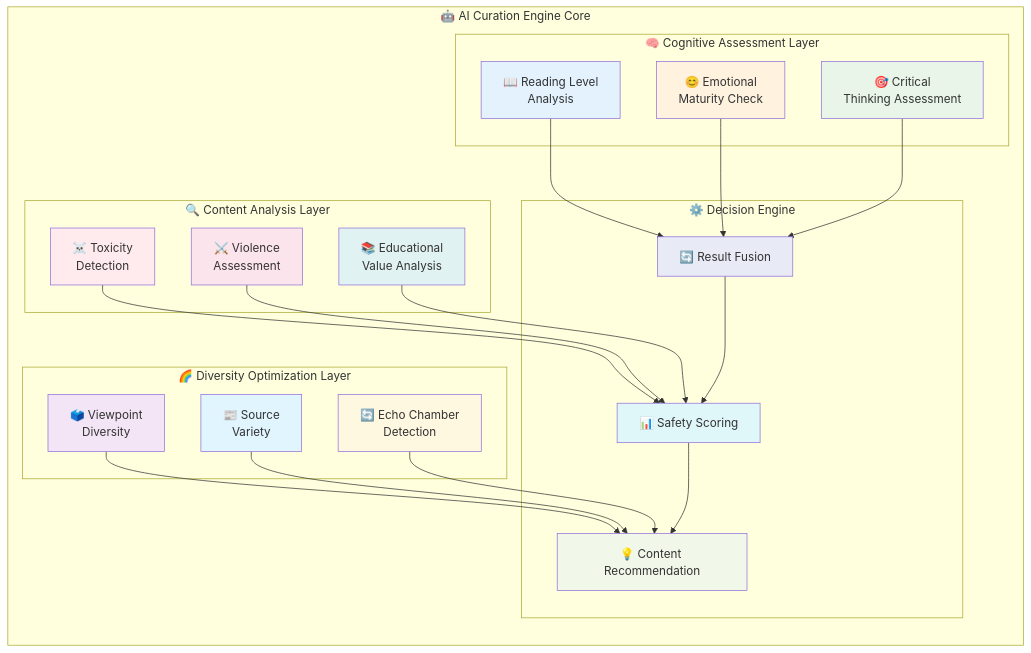
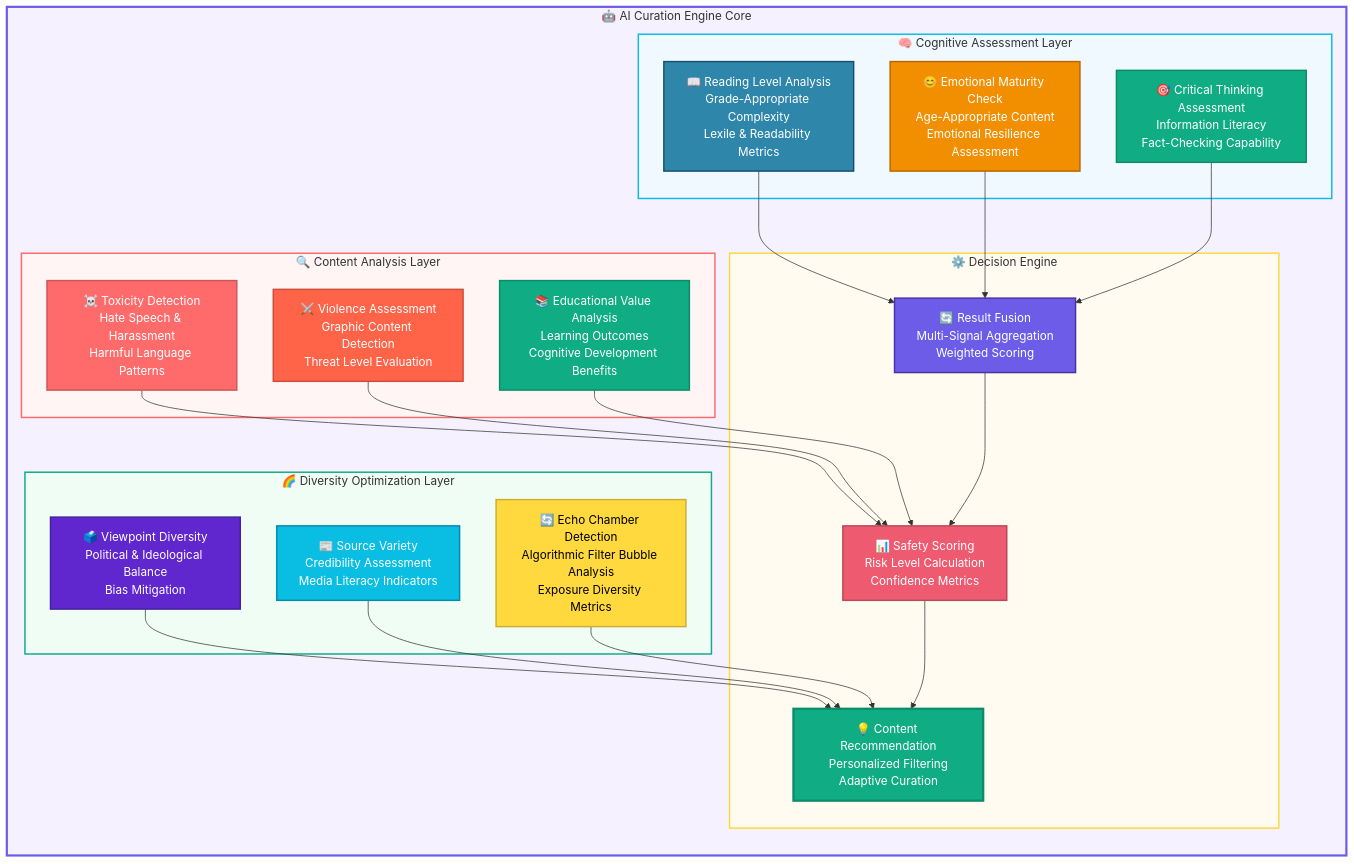
Before and after one commit to gitmujoshi/ai-curation-engine-cursor-generated: the fourth of 13 diagrams in docs/architecture/AI_Curation_Engine_Architecture.md, drawn with Mermaid. The commit also changed other lines of this file and 8 other files, not shown here.

First line of the commit message:
Improve architecture diagrams with professional styling and color schemes

````diff
--- a/docs/architecture/AI_Curation_Engine_Architecture.md
+++ b/docs/architecture/AI_Curation_Engine_Architecture.md
@@ -718,67 +740,65 @@
 ```mermaid
 graph TB
-    subgraph "🤖 AI Curation Engine Core"
+    subgraph CORE["🤖 AI Curation Engine Core"]
         direction TB
         
-        subgraph "🧠 Cognitive Assessment Layer"
-            READING[📖 Reading Level
-Analysis]
-            EMOTIONAL[😊 Emotional
-Maturity Check]
-            CRITICAL[🎯 Critical
-Thinking Assessment]
+        subgraph COGNITIVE["🧠 Cognitive Assessment Layer"]
+            READING["📖 Reading Level Analysis<br/>Grade-Appropriate Complexity<br/>Lexile & Readability Metrics"]
+            EMOTIONAL["😊 Emotional Maturity Check<br/>Age-Appropriate Content<br/>Emotional Resilience Assessment"]
+            CRITICAL["🎯 Critical Thinking Assessment<br/>Information Literacy<br/>Fact-Checking Capability"]
         end
         
-        subgraph "🔍 Content Analysis Layer"
-            TOXICITY[☠️ Toxicity
-Detection]
-            VIOLENCE[⚔️ Violence
-Assessment]
-            EDUCATIONAL[📚 Educational
-Value Analysis]
+        subgraph ANALYSIS["🔍 Content Analysis Layer"]
+            TOXICITY["☠️ Toxicity Detection<br/>Hate Speech & Harassment<br/>Harmful Language Patterns"]
+            VIOLENCE["⚔️ Violence Assessment<br/>Graphic Content Detection<br/>Threat Level Evaluation"]
+            EDUCATIONAL["📚 Educational Value Analysis<br/>Learning Outcomes<br/>Cognitive Development Benefits"]
         end
         
-        subgraph "🌈 Diversity Optimization Layer"
-            VIEWPOINT[🗳️ Viewpoint
-Diversity]
-            SOURCE[📰 Source
-Variety]
-            ECHO[🔄 Echo Chamber
-Detection]
+        subgraph DIVERSITY["🌈 Diversity Optimization Layer"]
+            VIEWPOINT["🗳️ Viewpoint Diversity<br/>Political & Ideological Balance<br/>Bias Mitigation"]
+            SOURCE["📰 Source Variety<br/>Credibility Assessment<br/>Media Literacy Indicators"]
+            ECHO["🔄 Echo Chamber Detection<br/>Algorithmic Filter Bubble Analysis<br/>Exposure Diversity Metrics"]
         end
         
-        subgraph "⚙️ Decision Engine"
-            COMBINE[🔄 Result Fusion]
-            SCORE[📊 Safety Scoring]
-            RECOMMEND[💡 Content Recommendation]
+        subgraph DECISION["⚙️ Decision Engine"]
+            COMBINE["🔄 Result Fusion<br/>Multi-Signal Aggregation<br/>Weighted Scoring"]
+            SCORE["📊 Safety Scoring<br/>Risk Level Calculation<br/>Confidence Metrics"]
+            RECOMMEND["💡 Content Recommendation<br/>Personalized Filtering<br/>Adaptive Curation"]
         end
     end
     
     READING --> COMBINE
     EMOTIONAL --> COMBINE
     CRITICAL --> COMBINE
     
     TOXICITY --> SCORE
     VIOLENCE --> SCORE
     EDUCATIONAL --> SCORE
     
     VIEWPOINT --> RECOMMEND
     SOURCE --> RECOMMEND
     ECHO --> RECOMMEND
     
     COMBINE --> SCORE
     SCORE --> RECOMMEND
     
-    style READING fill:#e3f2fd
-    style EMOTIONAL fill:#fff3e0
-    style CRITICAL fill:#e8f5e8
-    style TOXICITY fill:#ffebee
-    style VIOLENCE fill:#fce4ec
-    style EDUCATIONAL fill:#e0f2f1
-    style VIEWPOINT fill:#f3e5f5
-    style SOURCE fill:#e1f5fe
-    style ECHO fill:#fff8e1
-    style COMBINE fill:#e8eaf6
-    style SCORE fill:#e0f7fa
-    style RECOMMEND fill:#f1f8e9
+    %% Professional color scheme
+    style CORE fill:#F5F1FF,stroke:#6C5CE7,stroke-width:3px
+    style COGNITIVE fill:#F0F9FF,stroke:#0ABDE3,stroke-width:2px
+    style ANALYSIS fill:#FFF5F5,stroke:#FF6B6B,stroke-width:2px
+    style DIVERSITY fill:#F0FDF4,stroke:#10AC84,stroke-width:2px
+    style DECISION fill:#FFFBF0,stroke:#FFD93D,stroke-width:2px
+    
+    style READING fill:#2E86AB,stroke:#1A4D6B,stroke-width:2px,color:#fff
+    style EMOTIONAL fill:#F18F01,stroke:#B86700,stroke-width:2px,color:#fff
+    style CRITICAL fill:#10AC84,stroke:#0D8A6A,stroke-width:2px,color:#fff
+    style TOXICITY fill:#FF6B6B,stroke:#CC5555,stroke-width:2px,color:#fff
+    style VIOLENCE fill:#FF6348,stroke:#CC4E3A,stroke-width:2px,color:#fff
+    style EDUCATIONAL fill:#10AC84,stroke:#0D8A6A,stroke-width:2px,color:#fff
+    style VIEWPOINT fill:#5F27CD,stroke:#44219D,stroke-width:2px,color:#fff
+    style SOURCE fill:#0ABDE3,stroke:#0888AB,stroke-width:2px,color:#fff
+    style ECHO fill:#FFD93D,stroke:#CCAE31,stroke-width:2px,color:#000
+    style COMBINE fill:#6C5CE7,stroke:#4834A3,stroke-width:2px,color:#fff
+    style SCORE fill:#EE5A6F,stroke:#BB4757,stroke-width:2px,color:#fff
+    style RECOMMEND fill:#10AC84,stroke:#0D8A6A,stroke-width:3px,color:#fff
 ```
````
